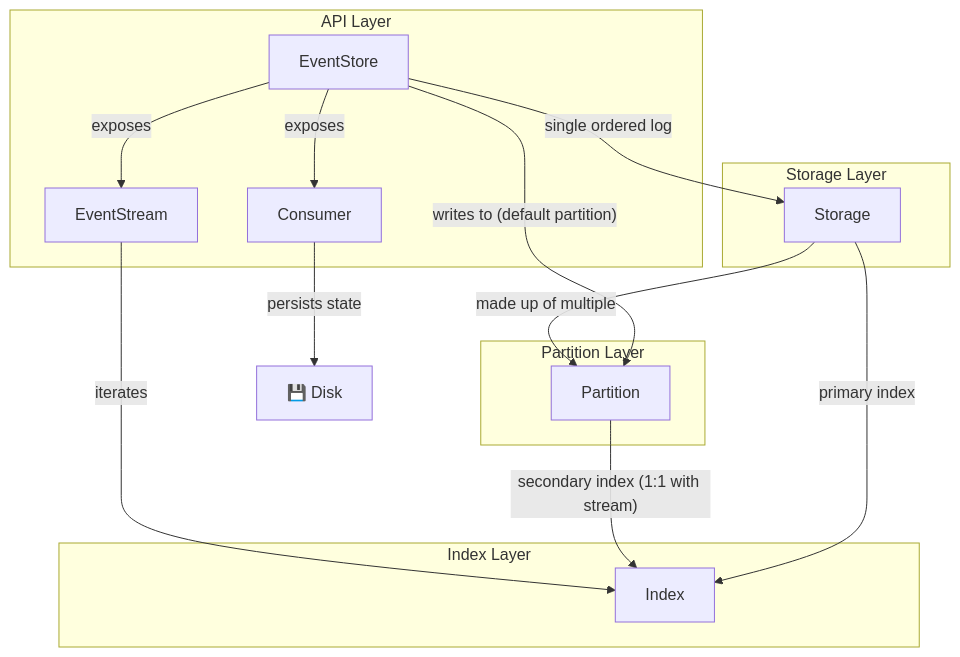
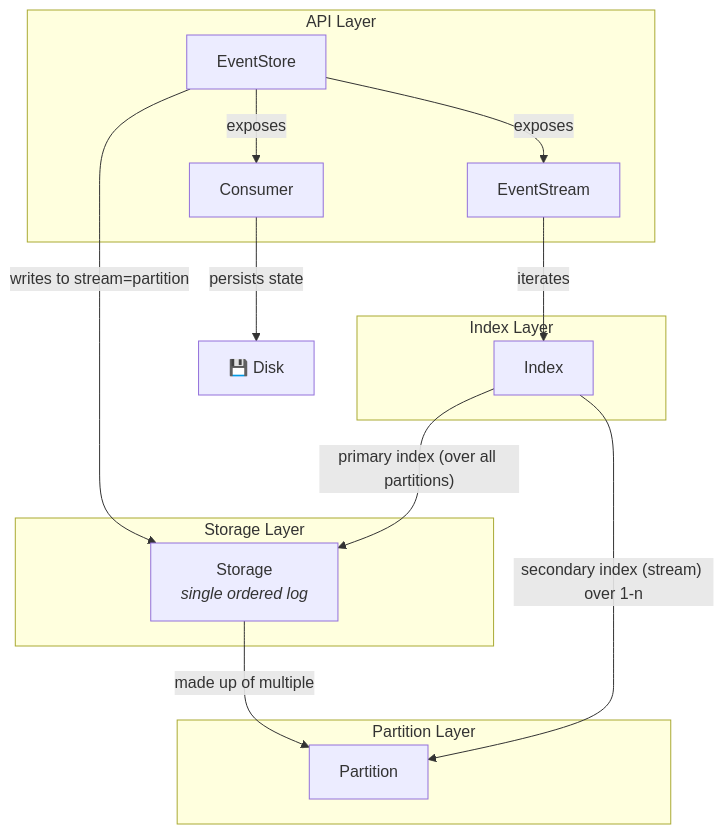
One commit to albe/node-event-storage changed the diagram in docs/architecture.md. Above: the diagram before and after it, drawn with Mermaid.

Commit message:
docs: relabel arrows and reverse index arrows per review feedback
Agent-Logs-Url: https://github.com/albe/node-event-storage/sessions/31dbe211-571c-45d7-89a4-a856e9f7e23d

````diff
--- a/docs/architecture.md
+++ b/docs/architecture.md
@@ -56,39 +56,38 @@
 ```mermaid
 graph TD
     subgraph api["API Layer"]
         EventStore
         EventStream
         Consumer
     end
 
     subgraph storageLayer["Storage Layer"]
-        Storage
+        Storage["Storage<br/><i>single ordered log</i>"]
     end
 
     subgraph partitionLayer["Partition Layer"]
         Partition
     end
 
     subgraph indexLayer["Index Layer"]
         Index
     end
 
     Disk["💾 Disk"]
 
     %% API relationships
-    EventStore -->|"single ordered log"| Storage
+    EventStore -->|"writes to stream=partition"| Storage
     EventStore -->|"exposes"| EventStream
     EventStore -->|"exposes"| Consumer
-    EventStore -->|"writes to (default partition)"| Partition
     Consumer -->|"persists state"| Disk
 
     %% Storage coordinates Partition and Index
     Storage -->|"made up of multiple"| Partition
-    Storage -->|"primary index"| Index
+    Index -->|"primary index (over all partitions)"| Storage
 
-    %% Partition has a secondary index (1:1 with a stream)
-    Partition -->|"secondary index (1:1 with stream)"| Index
+    %% Index covers 1-n partitions as a secondary index (per stream)
+    Index -->|"secondary index (stream) over 1-n"| Partition
 
     %% EventStream iterates an index (independent of which partitions are visited)
     EventStream -->|"iterates"| Index
 ```
````
